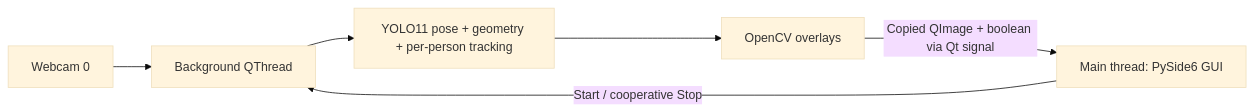
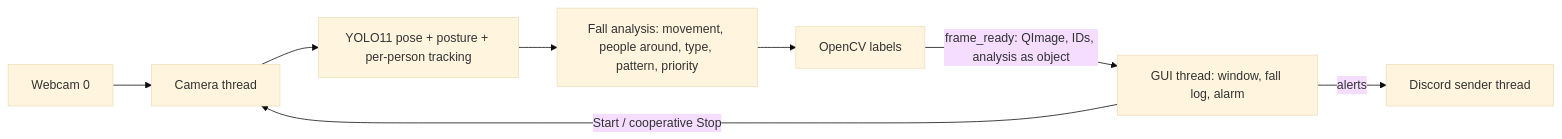
The diagram in README.md (advaetuc/Vertebrate), drawn with Mermaid (base theme) before and after one commit. The commit also changed other lines of this file and 4 other files, not shown here.

````diff
--- a/README.md
+++ b/README.md
@@ -39,8 +47,10 @@
 ```mermaid
 flowchart LR
-    A[Webcam 0] --> B[Background QThread]
-    B --> C[YOLO11 pose + geometry + per-person tracking]
-    C --> D[OpenCV overlays]
-    D -->|Copied QImage + boolean via Qt signal| E[Main thread: PySide6 GUI]
+    A[Webcam 0] --> B[Camera thread]
+    B --> C[YOLO11 pose + posture + per-person tracking]
+    C --> F[Fall analysis: movement, people around, type, pattern, priority]
+    F --> D[OpenCV labels]
+    D -->|frame_ready: QImage, IDs, analysis as object| E[GUI thread: window, fall log, alarm]
+    E -->|alerts| G[Discord sender thread]
     E -->|Start / cooperative Stop| B
 ```
````
